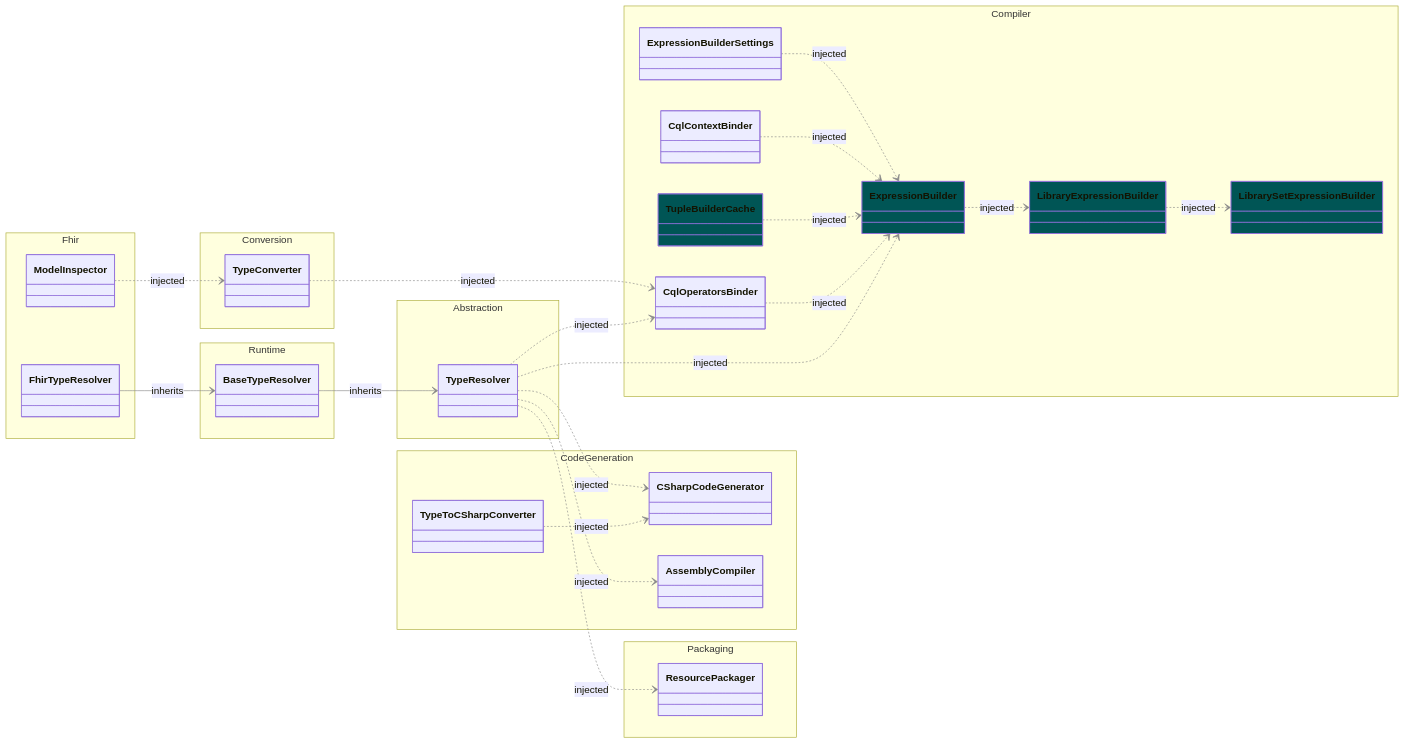
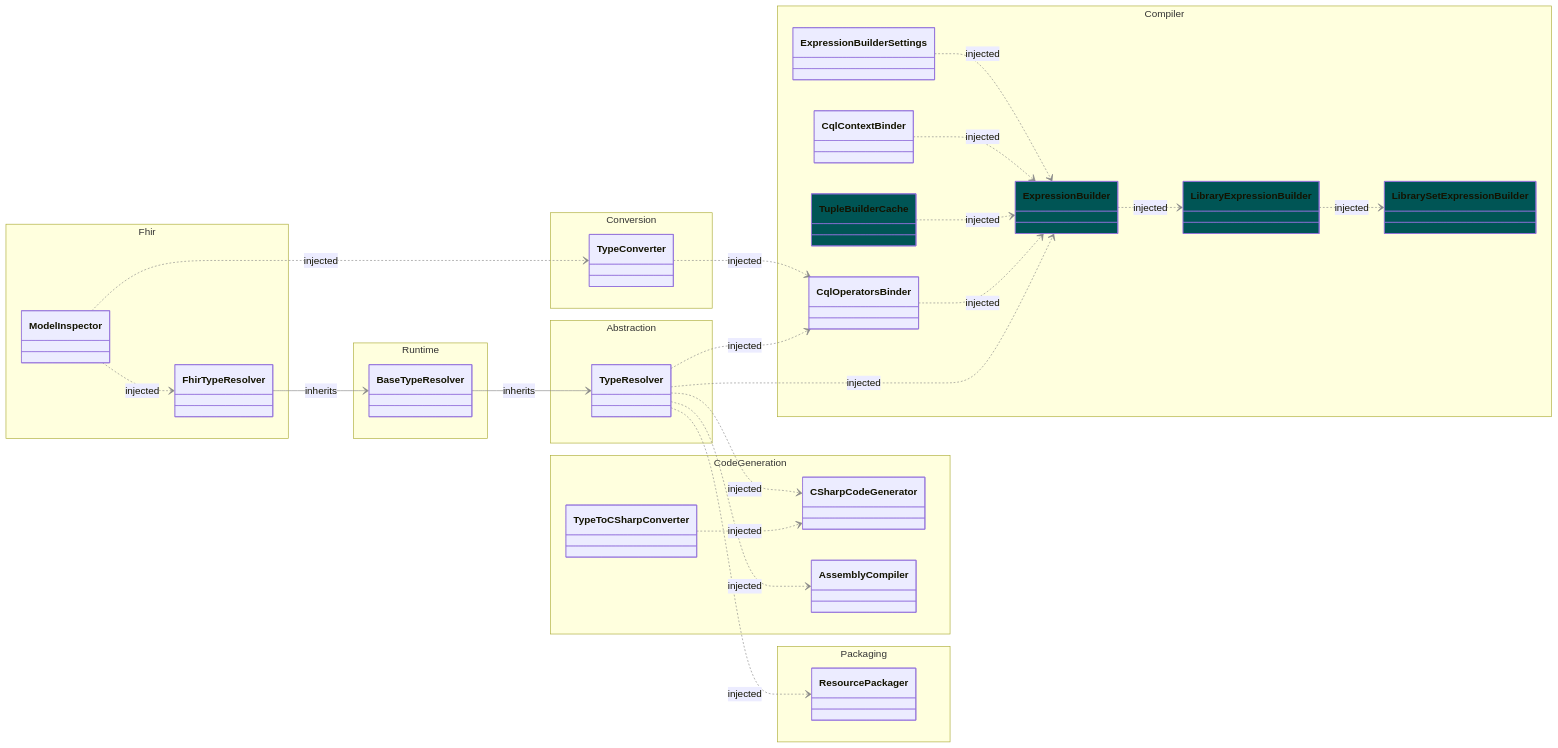
The diagram in docs/packager-cli-dependency-graph.md (FirelyTeam/firely-cql-sdk), drawn with Mermaid before and after one commit. The commit also changed 46 other files, not shown here.

```diff
--- a/docs/packager-cli-dependency-graph.md
+++ b/docs/packager-cli-dependency-graph.md
@@ -85,6 +85,8 @@
     TypeConverter ..> CqlOperatorsBinder : injected
 
     ModelInspector ..> TypeConverter : injected  
+    
+    ModelInspector ..> FhirTypeResolver : injected  
 
     TypeToCSharpConverter ..> CSharpCodeGenerator : injected
     TypeResolver ..> CSharpCodeGenerator : injected
```
